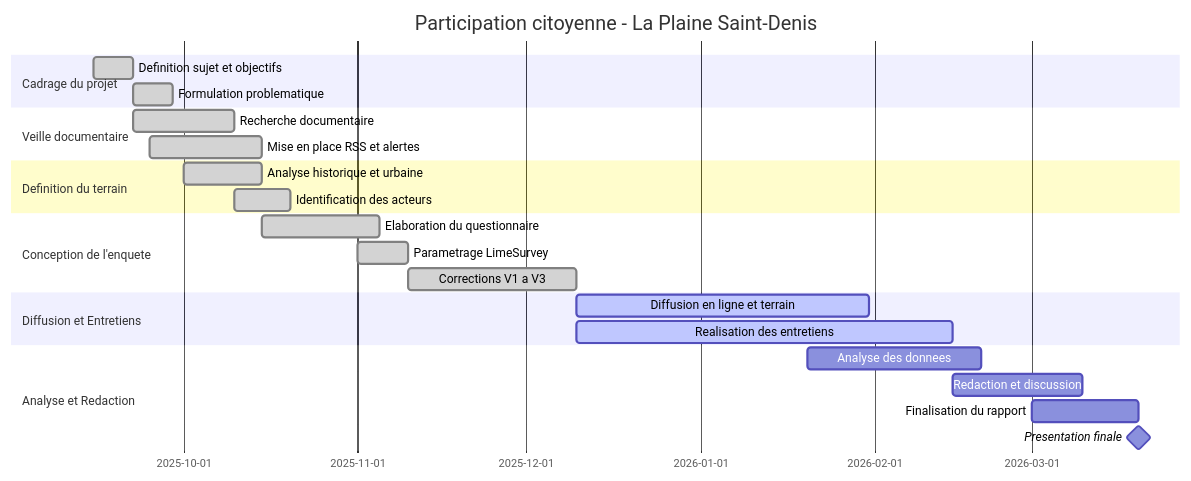
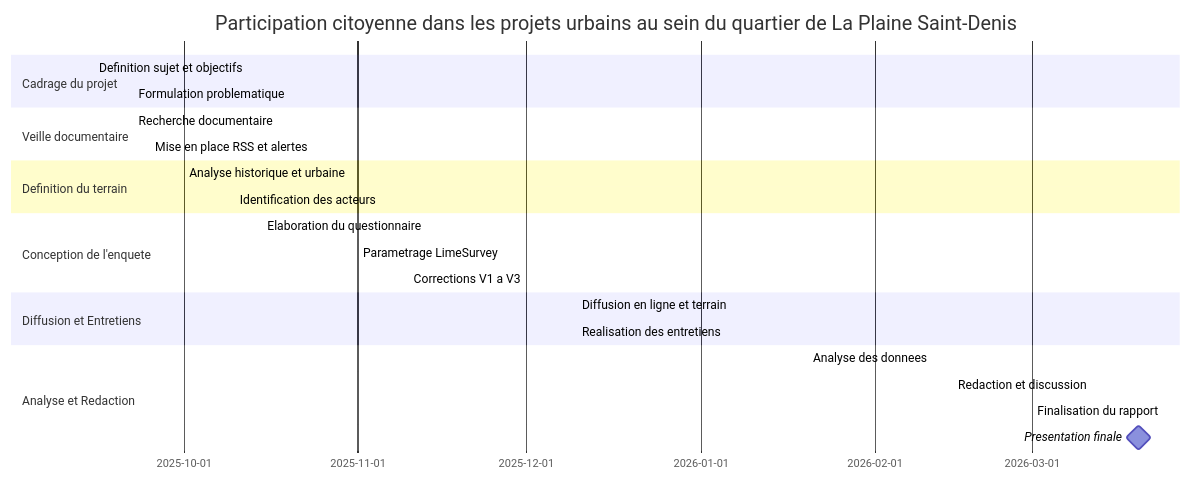
The diagram in etatAvancement.md (kahiarchi/LeBatiment_PlaineSaintDenis), drawn with Mermaid before and after one commit.

Commit message:
Update Gantt chart title and date format

````diff
--- a/etatAvancement.md
+++ b/etatAvancement.md
@@ -1,32 +1,32 @@
 ```mermaid
 gantt
-    dateFormat  YYYY-MM-DD
-    title Participation citoyenne - La Plaine Saint-Denis
+    dateFormat  2026-01-29
+    title Participation citoyenne dans les projets urbains au sein du quartier de La Plaine Saint-Denis
 
     section Cadrage du projet
     Definition sujet et objectifs    :done, 2025-09-15, 2025-09-22
     Formulation problematique        :done, 2025-09-22, 2025-09-29
 
     section Veille documentaire
     Recherche documentaire           :done, 2025-09-22, 2025-10-10
     Mise en place RSS et alertes     :done, 2025-09-25, 2025-10-15
 
     section Definition du terrain
     Analyse historique et urbaine    :done, 2025-10-01, 2025-10-15
     Identification des acteurs       :done, 2025-10-10, 2025-10-20
 
     section Conception de l'enquete
     Elaboration du questionnaire     :done, 2025-10-15, 2025-11-05
     Parametrage LimeSurvey           :done, 2025-11-01, 2025-11-10
     Corrections V1 a V3              :done, 2025-11-10, 2025-12-10
 
     section Diffusion et Entretiens
     Diffusion en ligne et terrain    :active, 2025-12-10, 2026-01-31
     Realisation des entretiens       :active, 2025-12-10, 2026-02-15
 
     section Analyse et Redaction
     Analyse des donnees              :2026-01-20, 2026-02-20
     Redaction et discussion          :2026-02-15, 2026-03-10
     Finalisation du rapport          :2026-03-01, 2026-03-20
     Presentation finale              :milestone, 2026-03-20, 0d
 ```
````
